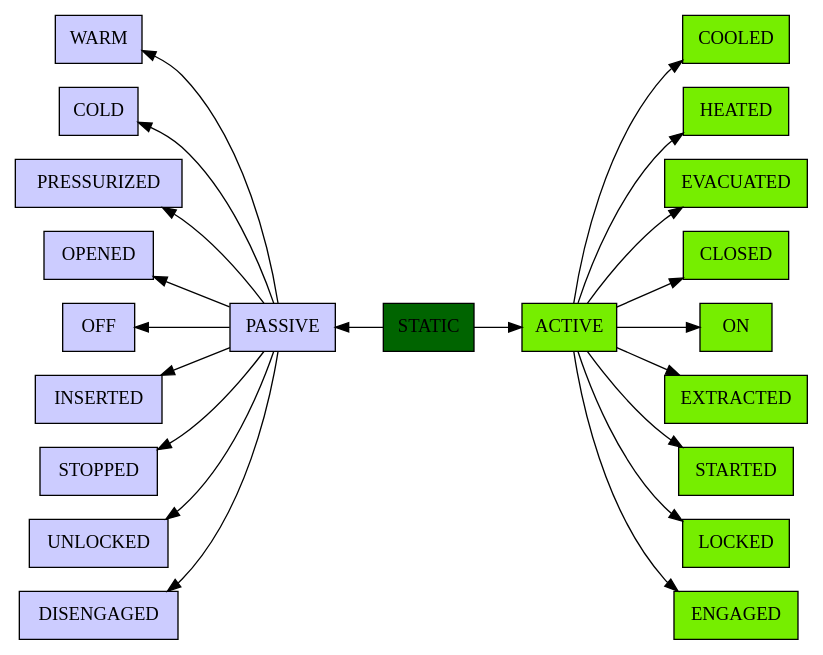
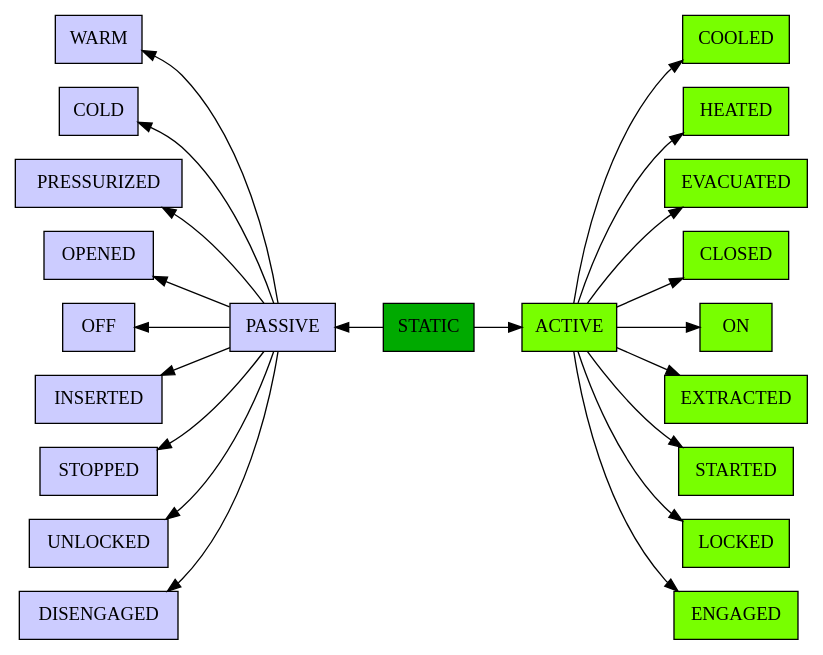
Diagram 16 of 18 in doc/concepts/states.rst (European-XFEL/Karabo), drawn with Graphviz before and after one commit. The commit also changed other lines of this file, not shown here.

```diff
--- a/doc/concepts/states.rst
+++ b/doc/concepts/states.rst
@@ -488,67 +529,67 @@
 .. digraph:: state_transitions
 
     rankdir = LR;
 
-    "STATIC"[shape = box style=filled, fillcolor=darkgreen]
+    "STATIC"[shape = box style=filled, fillcolor="#00AA00"]
     "PASSIVE"[shape = box style=filled, fillcolor="#CCCCFF"]
-    "ACTIVE"[shape = box style=filled, fillcolor=chartreuse2]
+    "ACTIVE"[shape = box style=filled, fillcolor="#78FF00"]
 
-    "COOLED"[shape = box style=filled, fillcolor=chartreuse2]
+    "COOLED"[shape = box style=filled, fillcolor="#78FF00"]
     "WARM"[shape = box style=filled, fillcolor="#CCCCFF"]
 
     "WARM"->"PASSIVE" [dir=back]
 
-    "HEATED"[shape = box style=filled, fillcolor=chartreuse2]
+    "HEATED"[shape = box style=filled, fillcolor="#78FF00"]
     "COLD"[shape = box style=filled, fillcolor="#CCCCFF"]
 
     "COLD"->"PASSIVE" [dir=back]
 
-    "EVACUATED"[shape = box style=filled, fillcolor=chartreuse2]
+    "EVACUATED"[shape = box style=filled, fillcolor="#78FF00"]
     "PRESSURIZED"[shape = box style=filled, fillcolor="#CCCCFF"]
 
     "PRESSURIZED"->"PASSIVE" [dir=back]
     "ACTIVE"->"EVACUATED"
 
 
-    "CLOSED"[shape = box style=filled, fillcolor=chartreuse2]
+    "CLOSED"[shape = box style=filled, fillcolor="#78FF00"]
     "OPENED"[shape = box style=filled, fillcolor="#CCCCFF"]
 
     "OPENED"->"PASSIVE" [dir=back]
 
-    "ON"[shape = box style=filled, fillcolor=chartreuse2]
+    "ON"[shape = box style=filled, fillcolor="#78FF00"]
     "OFF"[shape = box style=filled, fillcolor="#CCCCFF"]
 
     "OFF"->"PASSIVE" [dir=back]
 
-    "EXTRACTED"[shape = box style=filled, fillcolor=chartreuse2]
+    "EXTRACTED"[shape = box style=filled, fillcolor="#78FF00"]
     "INSERTED"[shape = box style=filled, fillcolor="#CCCCFF"]
 
     "INSERTED"->"PASSIVE" [dir=back]
 
-    "STARTED"[shape = box style=filled, fillcolor=chartreuse2]
+    "STARTED"[shape = box style=filled, fillcolor="#78FF00"]
     "STOPPED"[shape = box style=filled, fillcolor="#CCCCFF"]
 
     "STOPPED"->"PASSIVE" [dir=back]
 
-    "LOCKED"[shape = box style=filled, fillcolor=chartreuse2]
+    "LOCKED"[shape = box style=filled, fillcolor="#78FF00"]
     "UNLOCKED"[shape = box style=filled, fillcolor="#CCCCFF"]
 
     "UNLOCKED"->"PASSIVE" [dir=back]
 
-    "ENGAGED"[shape = box style=filled, fillcolor=chartreuse2]
+    "ENGAGED"[shape = box style=filled, fillcolor="#78FF00"]
     "DISENGAGED"[shape = box style=filled, fillcolor="#CCCCFF"]
 
     "DISENGAGED"->"PASSIVE" [dir=back]
 
 
     "PASSIVE" -> "STATIC"[dir=back]
     "STATIC" -> "ACTIVE"
 
     "ACTIVE"->"LOCKED"
     "ACTIVE"->"STARTED"
     "ACTIVE"->"EXTRACTED"
     "ACTIVE"->"ON"
     "ACTIVE"->"CLOSED"
     "ACTIVE"->"HEATED"
     "ACTIVE"->"COOLED"
     "ACTIVE"->"ENGAGED"
```
